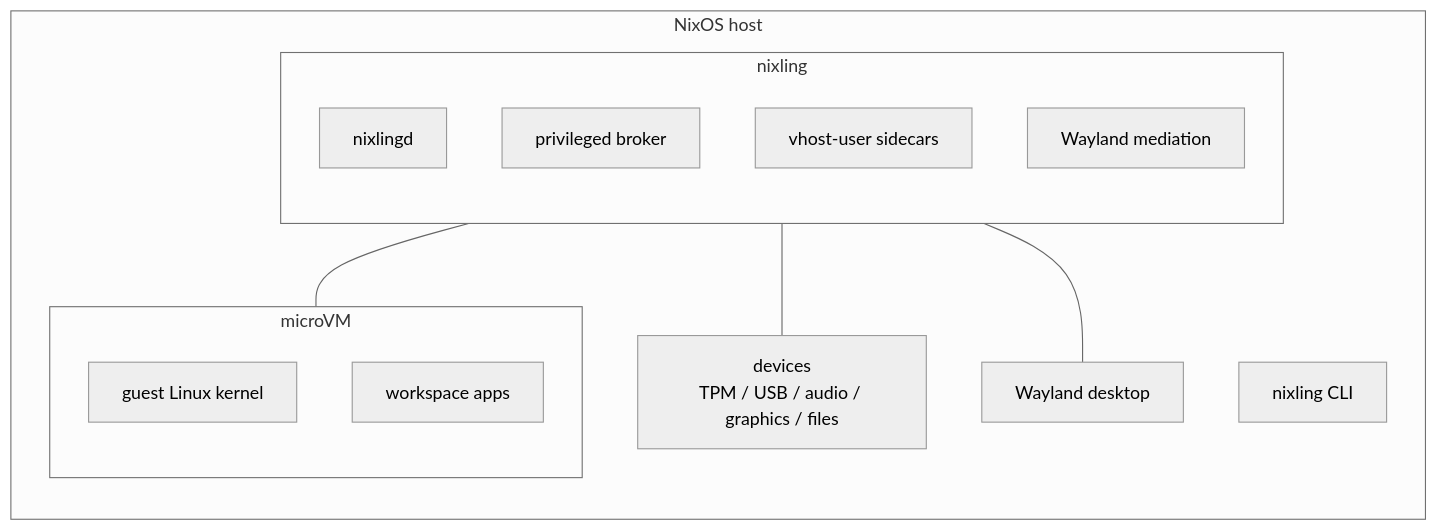
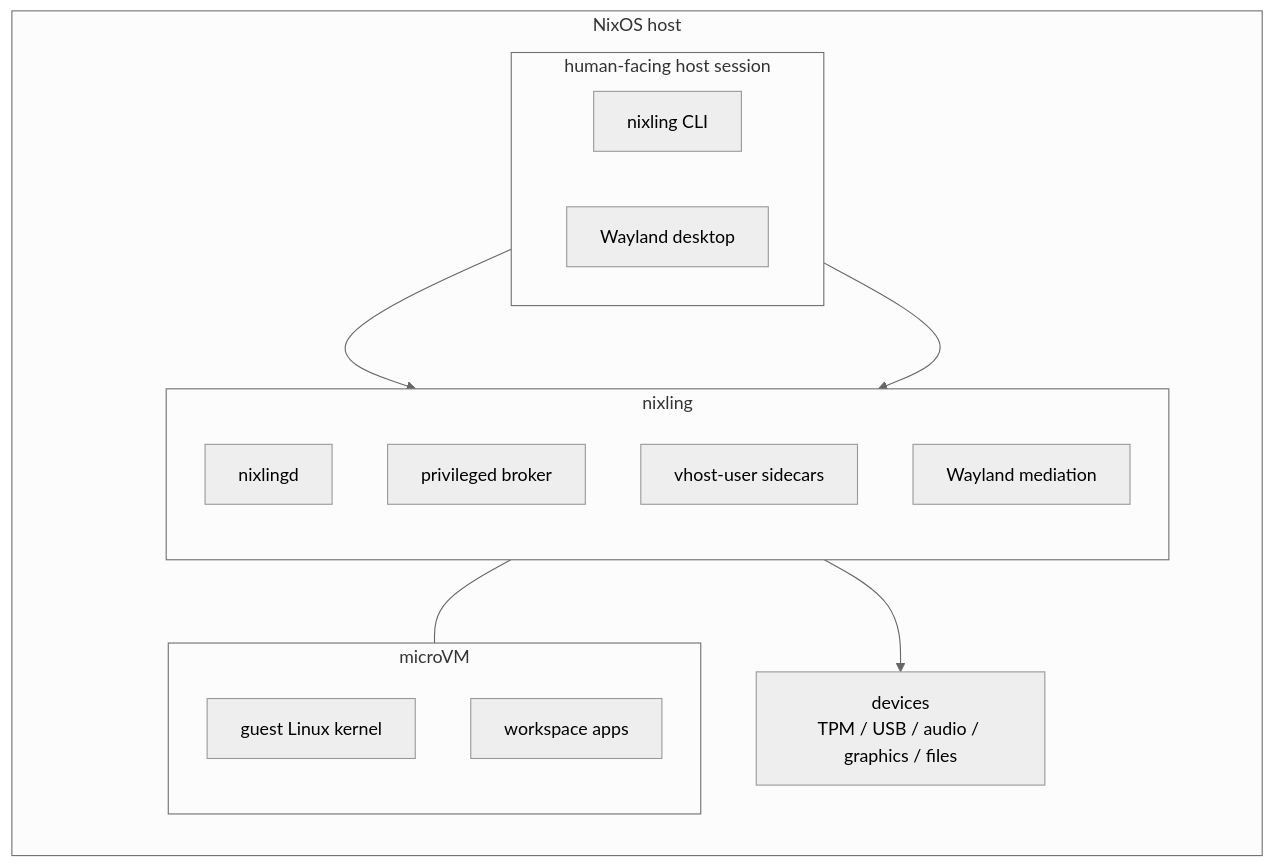
The diagram in README.md (vicondoa/d2b), drawn with Mermaid (neutral theme) before and after one commit.

Commit message:
docs: tune README diagram arrows
Keep the README diagram top-down, put the host-facing CLI and Wayland desktop at the top, and show only the requested CLI, Wayland, vhost-user, and microVM relationships.

````diff
--- a/README.md
+++ b/README.md
@@ -37,27 +37,32 @@
 ```mermaid
 flowchart TB
     subgraph host["NixOS host"]
         direction TB
-        cli["nixling CLI"]
-        desktop["Wayland desktop"]
+        subgraph human["human-facing host session"]
+            direction LR
+            cli["nixling CLI"]
+            desktop["Wayland desktop"]
+        end
+
         devices["devices<br/>TPM / USB / audio / graphics / files"]
 
         subgraph nixling_box["nixling"]
             direction TB
             nixlingd["nixlingd"]
             broker["privileged broker"]
             vhost["vhost-user sidecars"]
             wayland["Wayland mediation"]
         end
 
         subgraph vm["microVM"]
             direction TB
             kernel["guest Linux kernel"]
             apps["workspace apps"]
         end
     end
 
+    cli --> nixlingd
+    desktop --> wayland
+    vhost --> devices
     nixling_box --- vm
-    nixling_box --- devices
-    nixling_box --- desktop
 ```
````
